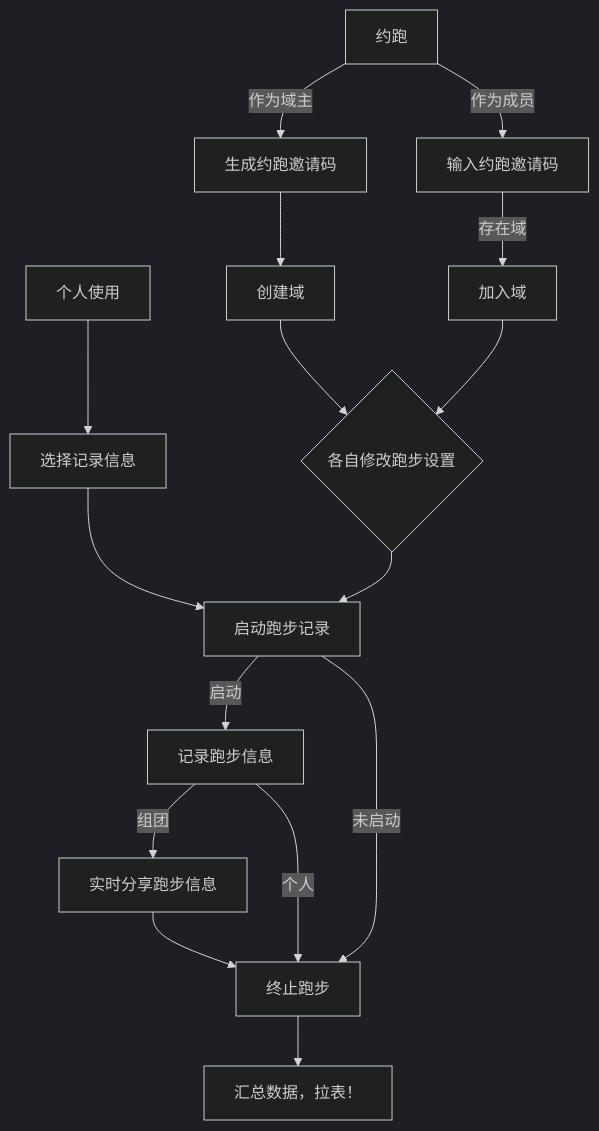
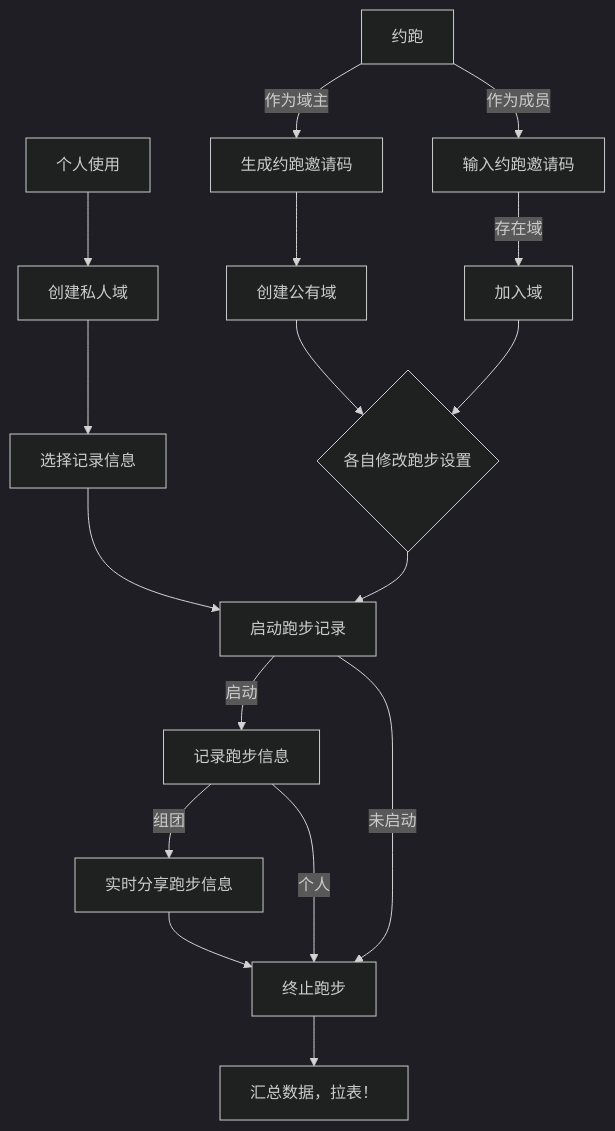
The first of 8 diagrams in docs/核心流程.md (dkj121/runner), drawn with Mermaid before and after one commit.

Commit message:
feat: update core process flow (add private and public platform)

````diff
--- a/docs/核心流程.md
+++ b/docs/核心流程.md
@@ -9,36 +9,37 @@
 ```mermaid
 
 %%{init: {'theme': 'dark'}}%%
 graph TD
 a[个人使用]
-b[选择记录信息]
-c[记录跑步信息]
+b[创建私人域]
+c[选择记录信息]
+d[记录跑步信息]
 
 A[约跑]
 B[生成约跑邀请码]
 B1[输入约跑邀请码]
-C[创建域]
+C[创建公有域]
 C1[加入域]
 D{各自修改跑步设置}
 E[启动跑步记录]
 F[实时分享跑步信息]
 G[终止跑步]
 H[汇总数据，拉表！]
 
 
 A-->|作为域主|B-->C-->D
 A-->|作为成员|B1-->|存在域|C1-->D
 
-a-->b-->E
+a-->b-->c-->E
 
 D-->E
 
-E-->|启动|c
+E-->|启动|d
 
-c-->|组团|F-->G
-c-->|个人|G
+d-->|组团|F-->G
+d-->|个人|G
 E-->|未启动|G
 
 G-->H
 
 ```
````
